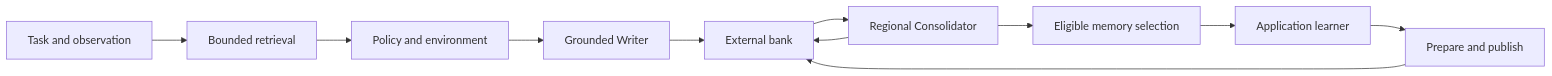
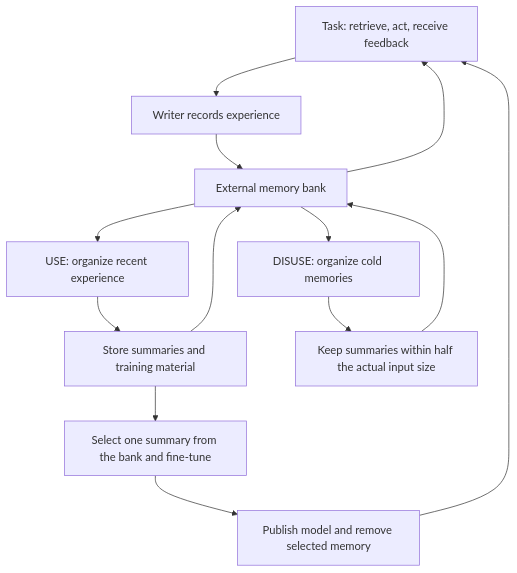
The diagram in docs/architecture.md (RuneTan/MemTurn), drawn with Mermaid before and after one commit. The commit also changed other lines of this file and 29 other files, not shown here.

````diff
--- a/docs/architecture.md
+++ b/docs/architecture.md
@@ -7,13 +13,15 @@
 ```mermaid
-flowchart LR
-  T[Task and observation] --> R[Bounded retrieval]
-  R --> A[Policy and environment]
-  A --> W[Grounded Writer]
-  W --> B[External bank]
-  B --> C[Regional Consolidator]
-  C --> B
-  C --> S[Eligible memory selection]
-  S --> L[Application learner]
-  L --> P[Prepare and publish]
-  P --> B
+flowchart TD
+  T[Task: retrieve, act, receive feedback] --> W[Writer records experience]
+  W --> M[External memory bank]
+  M --> T
+  M --> U[USE: organize recent experience]
+  U --> S[Store summaries and training material]
+  S --> M
+  S --> L[Select one summary from the bank and fine-tune]
+  L --> P[Publish model and remove selected memory]
+  P --> T
+  M --> D[DISUSE: organize cold memories]
+  D --> H[Keep summaries within half the actual input size]
+  H --> M
 ```
````
